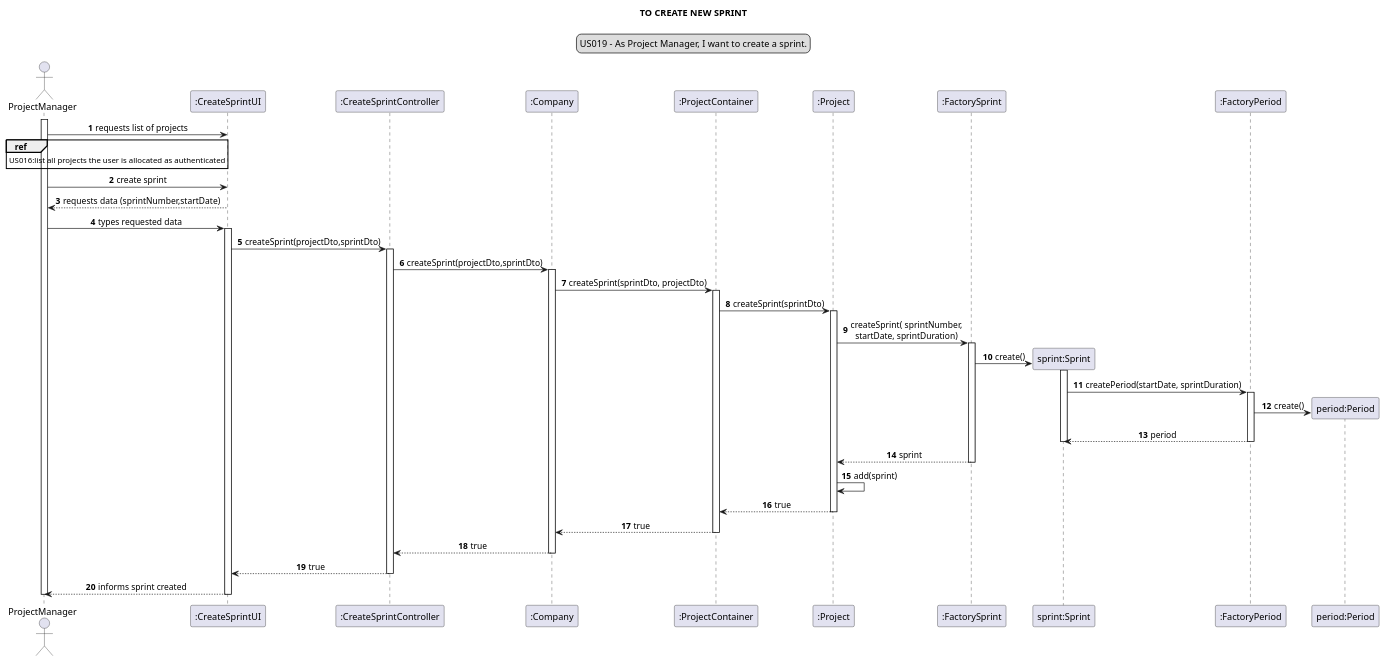
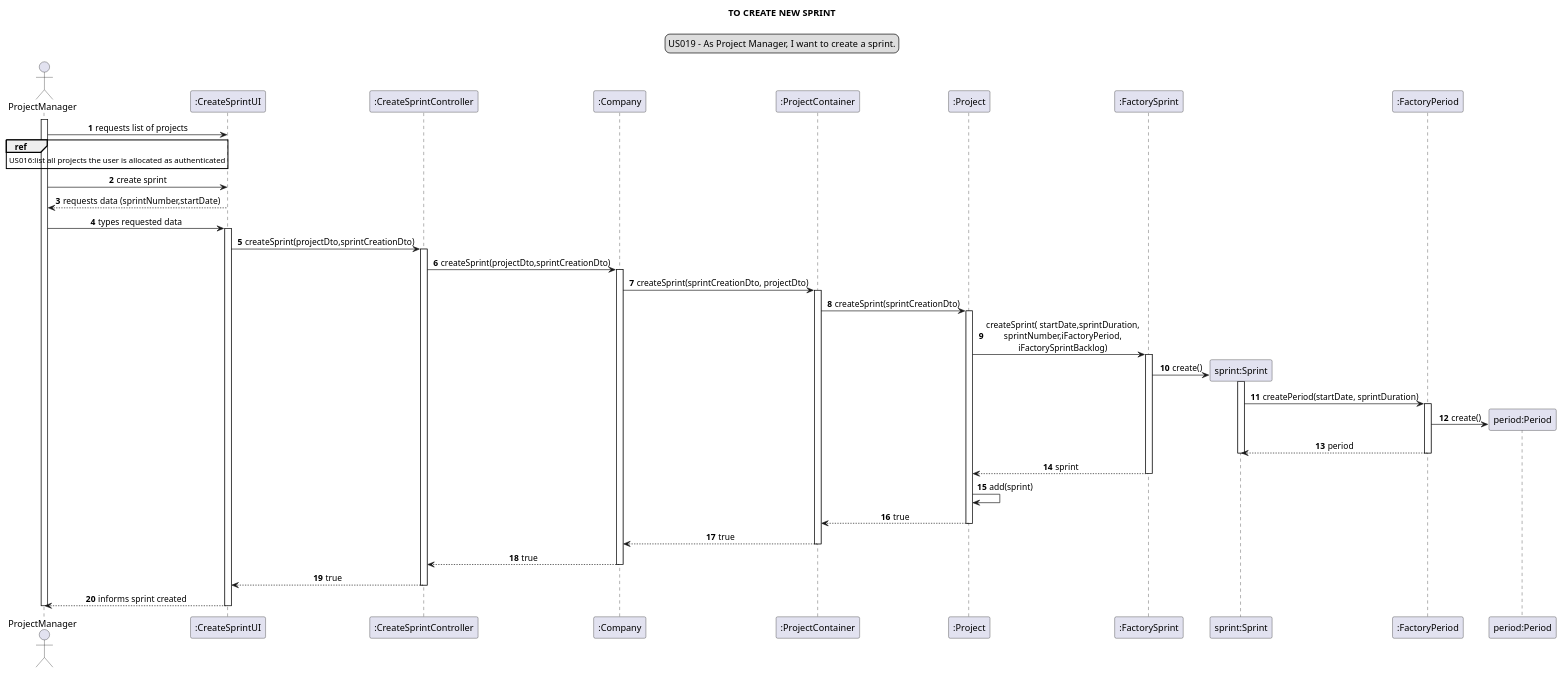
The diagram in docs/modelling_design/user_stories/sprint03/us019/US019_sequenceDiagram.puml (Loracline/project_switch_22-23), drawn with PlantUML before and after one commit. The commit also changed 1 other file, not shown here.

```diff
--- a/docs/modelling_design/user_stories/sprint03/us019/US019_sequenceDiagram.puml
+++ b/docs/modelling_design/user_stories/sprint03/us019/US019_sequenceDiagram.puml
@@ -1,80 +1,81 @@
 @startuml
 
 skinparam sequenceMessageAlign center
 title TO CREATE NEW SPRINT
 legend top
 US019 - As Project Manager, I want to create a sprint.
 end legend
 autonumber
 
 actor ProjectManager as pm
 participant ":CreateSprintUI" as ui
 participant ":CreateSprintController" as ct
 participant ":Company" as c
 participant ":ProjectContainer" as pc
 participant ":Project" as p
 participant ":FactorySprint" as fact
 participant "sprint:Sprint" as ss
 participant ":FactoryPeriod" as fp
 participant "period:Period" as pp
 
 activate pm
 pm -> ui: requests list of projects
 ref over pm : US016:list all projects the user is allocated as authenticated
 pm -> ui : create sprint
 ui --> pm : requests data (sprintNumber,startDate)
 
 pm -> ui: types requested data
 activate ui
 
-ui -> ct: createSprint(projectDto,sprintDto)
+ui -> ct: createSprint(projectDto,sprintCreationDto)
 activate ct
 
-ct -> c: createSprint(projectDto,sprintDto)
+
+ct -> c: createSprint(projectDto,sprintCreationDto)
 activate c
 
-c -> pc: createSprint(sprintDto, projectDto)
+c -> pc: createSprint(sprintCreationDto, projectDto)
 activate pc
 
-pc -> p: createSprint(sprintDto)
+pc -> p: createSprint(sprintCreationDto)
 activate p
 
-p -> fact: createSprint( sprintNumber,\nstartDate, sprintDuration)
+p -> fact: createSprint( startDate,sprintDuration,\nsprintNumber,iFactoryPeriod,\niFactorySprintBacklog)
 activate fact
 
 create ss
 fact -> ss: create()
 
 activate ss
 
 ss -> fp : createPeriod(startDate, sprintDuration)
 
 activate fp
 
 create pp
 fp -> pp : create()
 fp --> ss : period
 deactivate ss
 deactivate fp
 fact --> p : sprint
 
 deactivate fact
 p -> p: add(sprint)
 
 p --> pc: true
 deactivate p
 
 pc --> c : true
 deactivate pc
 
 c --> ct : true
 deactivate c
 
 ct --> ui : true
 deactivate ct
 
 
 ui --> pm: informs sprint created
 deactivate ui
 deactivate pm
 @enduml
```
